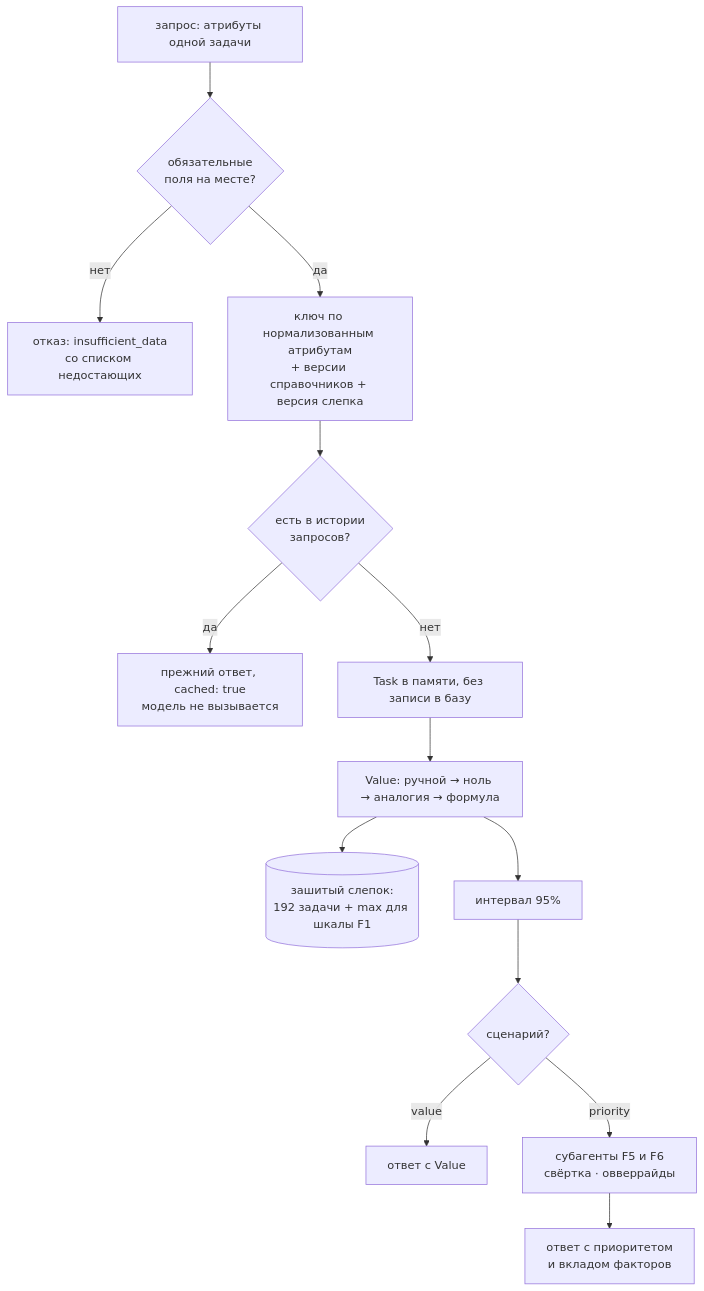
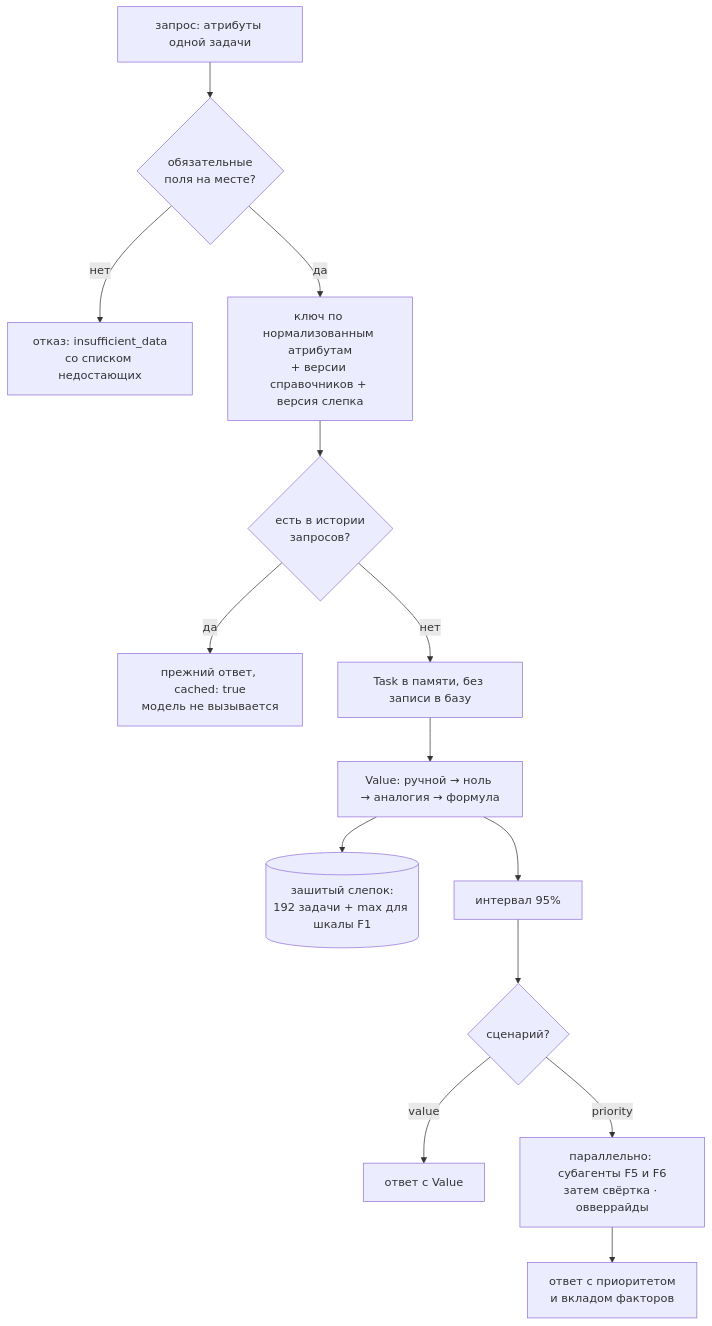
Before and after one commit to tbcommerc/backlog-coordinator: the fourth of 4 diagrams in prioritiser-agent/docs/ARCHITECTURE.md, drawn with Mermaid. The commit also changed other lines of this file and 1932 other files, not shown here.

````diff
--- a/prioritiser-agent/docs/ARCHITECTURE.md
+++ b/prioritiser-agent/docs/ARCHITECTURE.md
@@ -211,16 +213,16 @@
 ```mermaid
 flowchart TD
     R["запрос: атрибуты одной задачи"] --> V{"обязательные<br/>поля на месте?"}
     V -->|нет| E["отказ: insufficient_data<br/>со списком недостающих"]
     V -->|да| K["ключ по нормализованным атрибутам<br/>+ версии справочников + версия слепка"]
     K --> H{"есть в истории<br/>запросов?"}
     H -->|да| C["прежний ответ, cached: true<br/>модель не вызывается"]
     H -->|нет| T["Task в памяти, без записи в базу"]
     T --> VAL["Value: ручной → ноль → аналогия → формула"]
     VAL --> SNAP[("зашитый слепок:<br/>192 задачи + max для шкалы F1")]
     VAL --> INT["интервал 95%"]
     INT --> S{"сценарий?"}
     S -->|value| OUT1["ответ с Value"]
-    S -->|priority| F["субагенты F5 и F6<br/>свёртка · овверрайды"]
+    S -->|priority| F["параллельно: субагенты F5 и F6<br/>затем свёртка · овверрайды"]
     F --> OUT2["ответ с приоритетом<br/>и вкладом факторов"]
 ```
````
